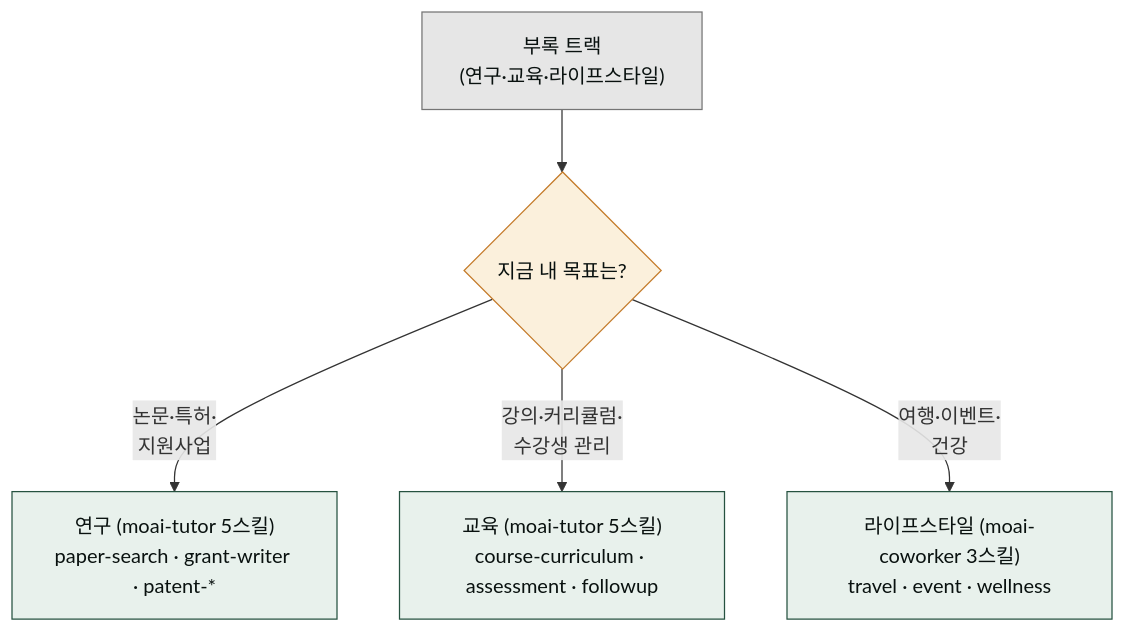
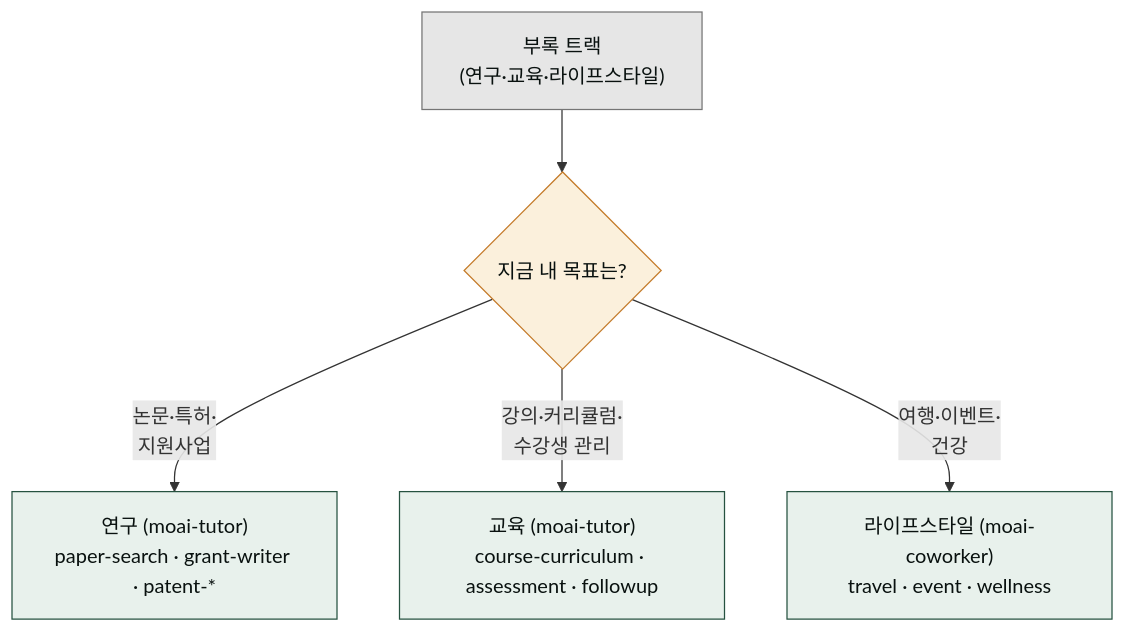
Before and after one commit to modu-ai/cowork-plugins: the diagram in www/content/cookbook/tracks/track-appendix.md, drawn with Mermaid. The commit also changed other lines of this file and 45 other files, not shown here.

First line of the commit message:
docs(www): 스킬명 정합 + 깨진 링크 수정 + mermaid 보강

````diff
--- a/www/content/cookbook/tracks/track-appendix.md
+++ b/www/content/cookbook/tracks/track-appendix.md
@@ -20,14 +20,14 @@
 ```mermaid
 flowchart TD
    Start["부록 트랙<br/>(연구·교육·라이프스타일)"]
    Start --> Q{"지금 내 목표는?"}
-   Q -- "논문·특허·<br/>지원사업" --> R["연구 (moai-tutor 5스킬)<br/>paper-search · grant-writer · patent-*"]
-   Q -- "강의·커리큘럼·<br/>수강생 관리" --> ED["교육 (moai-tutor 5스킬)<br/>course-curriculum · assessment · followup"]
-   Q -- "여행·이벤트·<br/>건강" --> L["라이프스타일 (moai-coworker 3스킬)<br/>travel · event · wellness"]
+   Q -- "논문·특허·<br/>지원사업" --> R["연구 (moai-tutor)<br/>paper-search · grant-writer · patent-*"]
+   Q -- "강의·커리큘럼·<br/>수강생 관리" --> ED["교육 (moai-tutor)<br/>course-curriculum · assessment · followup"]
+   Q -- "여행·이벤트·<br/>건강" --> L["라이프스타일 (moai-coworker)<br/>travel · event · wellness"]
 
    style Start fill:#e6e6e6,stroke:#757575,color:#09110f
    style Q fill:#fbf0dc,stroke:#c47b2a,color:#09110f
    style R fill:#e8f1ec,stroke:#265240,color:#09110f
    style ED fill:#e8f1ec,stroke:#265240,color:#09110f
    style L fill:#e8f1ec,stroke:#265240,color:#09110f
 ```
````
